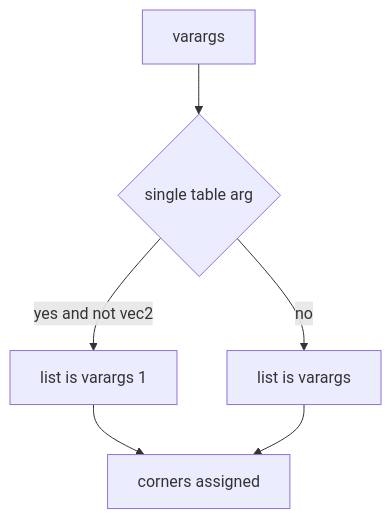
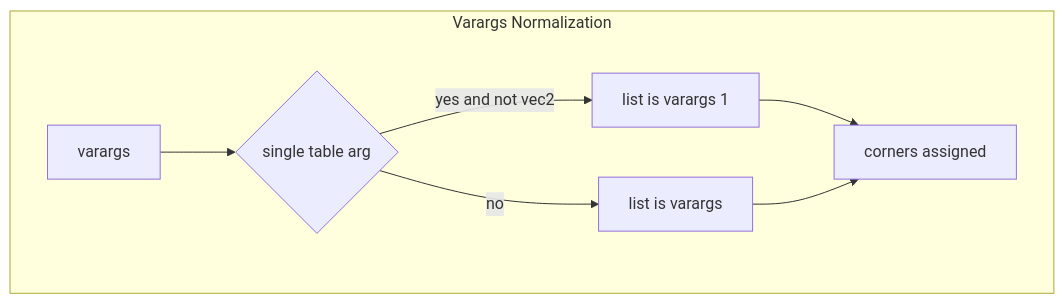
The second of 5 diagrams in docs/markers/polygons.md (Gh0st352/AETHR), drawn with Mermaid before and after one commit. The commit also changed other lines of this file and 4 other files, not shown here.

First line of the commit message:
docs(markers): reorganize Mermaid diagrams into subgraphs

````diff
--- a/docs/markers/polygons.md
+++ b/docs/markers/polygons.md
@@ -32,8 +38,14 @@
 ```mermaid
+%% shared theme: docs/_mermaid/theme.json %%
 flowchart TD
-  VARARGS[varargs] --> ONE{single table arg}
-  ONE -->|yes and not vec2| USE[list is varargs 1]
-  ONE -->|no| USE2[list is varargs]
-  USE --> CORNERS[corners assigned]
-  USE2 --> CORNERS
+  subgraph "Varargs Normalization"
+    VARARGS[varargs] --> ONE{single table arg}
+    ONE -->|yes and not vec2| USE[list is varargs 1]
+    ONE -->|no| USE2[list is varargs]
+    USE --> CORNERS[corners assigned]
+    USE2 --> CORNERS
+  end
+  class VARARGS class_io;
+  class ONE class_decision;
+  class USE,USE2,CORNERS class_compute;
 ```
````
